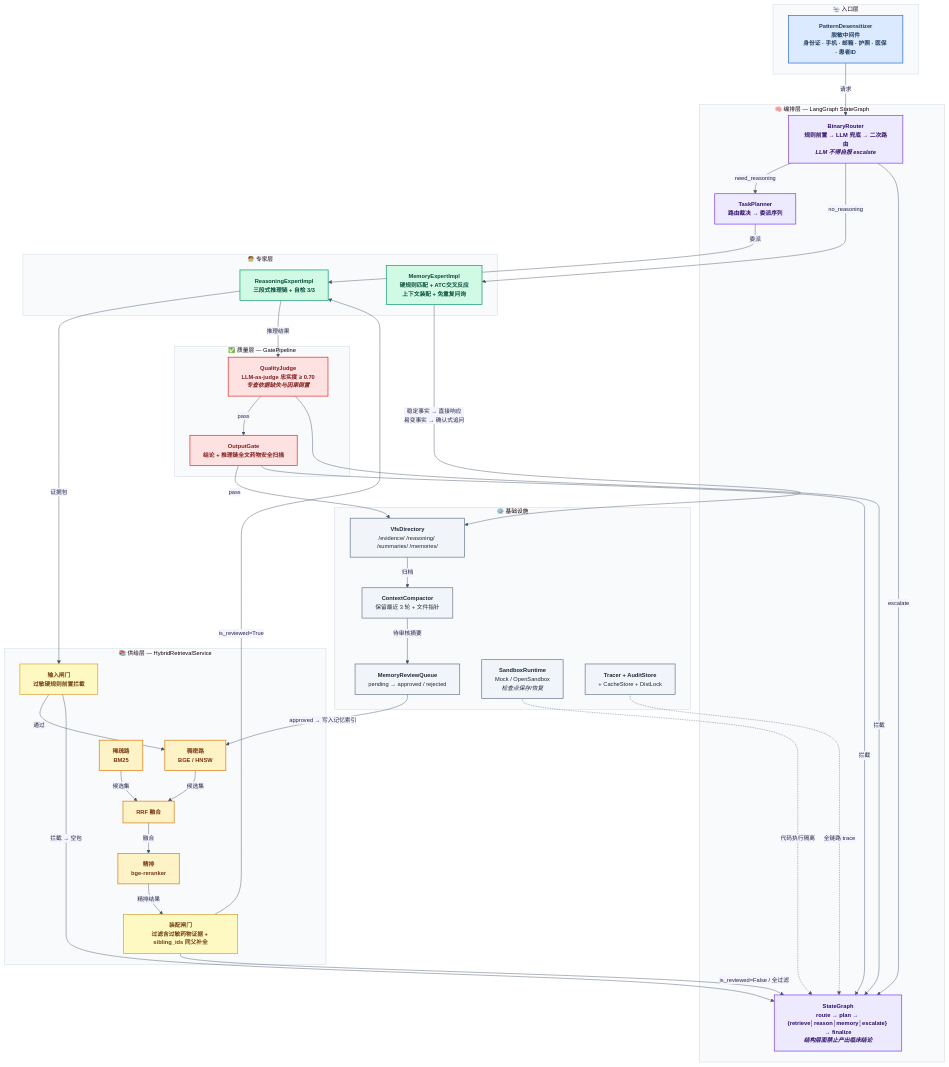
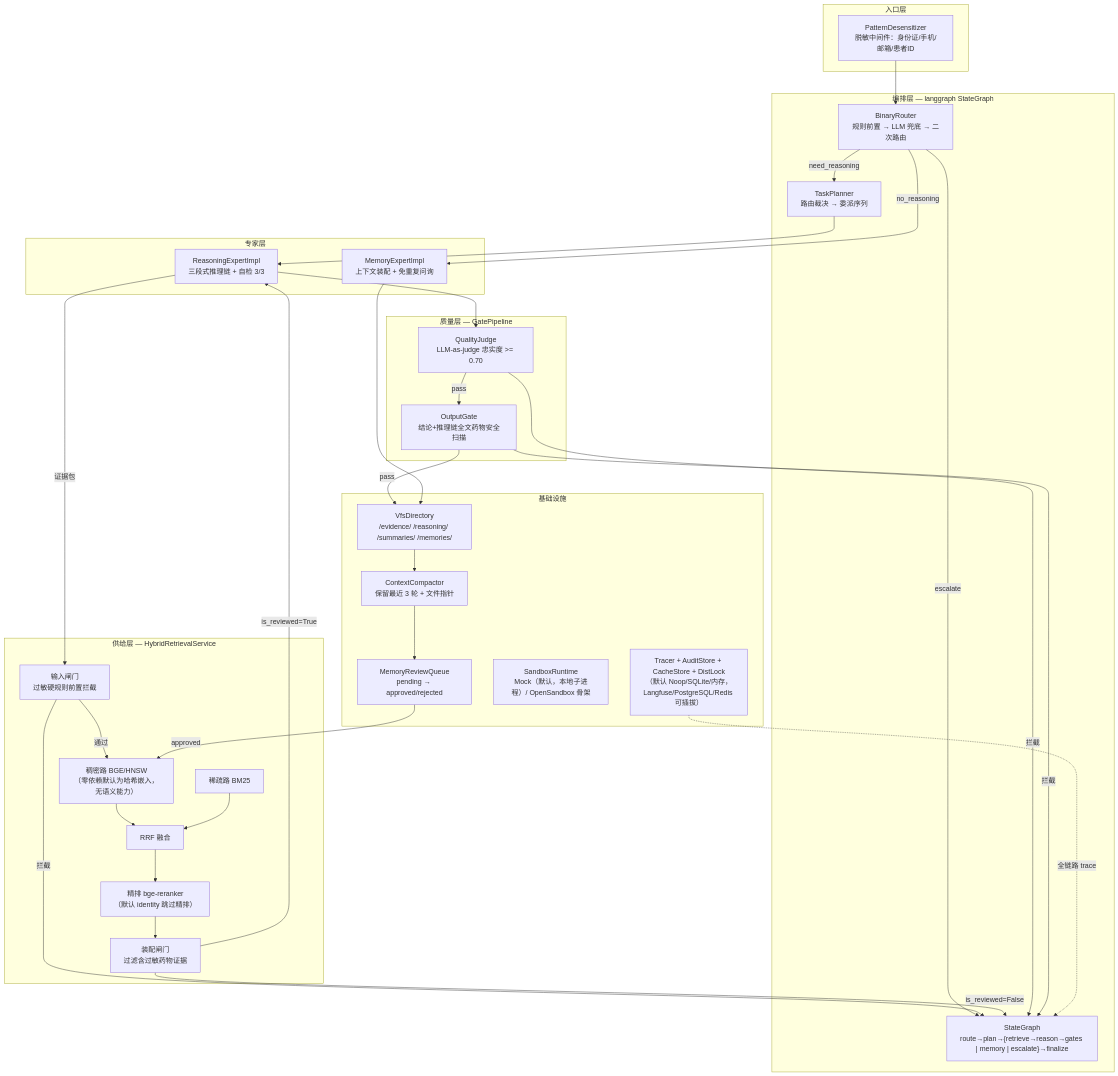
One commit to bobsmith513/harness-medical-agent changed the first of 4 diagrams in README.md. Above: the diagram before and after it, drawn with Mermaid. The commit also changed other lines of this file and 40 other files, not shown here.

````diff
--- a/README.md
+++ b/README.md
@@ -27,119 +30,64 @@
 ```mermaid
-%%{init: {
-  'theme': 'base',
-  'themeVariables': {
-    'background': '#ffffff',
-    'primaryColor': '#f0f7ff',
-    'primaryBorderColor': '#2563eb',
-    'primaryTextColor': '#1e293b',
-    'lineColor': '#475569',
-    'secondaryColor': '#f5f3ff',
-    'tertiaryColor': '#ecfdf5',
-    'fontSize': '13px',
-    'fontFamily': 'system-ui, -apple-system, sans-serif',
-    'nodeBorder': '1.5px',
-    'nodeBorderRadius': '10px',
-    'clusterBkg': '#f8fafc',
-    'clusterBorder': '#cbd5e1'
-  }
-}}%%
-
 graph TB
-    %% ==================== 样式定义 ====================
-    classDef entry fill:#dbeafe,stroke:#2563eb,stroke-width:1.5px,color:#1e3a5f,font-weight:600,r:10
-    classDef orch fill:#ede9fe,stroke:#7c3aed,stroke-width:1.5px,color:#2e1065,font-weight:600,r:10
-    classDef expert fill:#d1fae5,stroke:#059669,stroke-width:1.5px,color:#064e3b,font-weight:600,r:10
-    classDef supply fill:#fef3c7,stroke:#d97706,stroke-width:1.5px,color:#78350f,font-weight:600,r:10
-    classDef quality fill:#fee2e2,stroke:#dc2626,stroke-width:1.5px,color:#7f1d1d,font-weight:600,r:10
-    classDef infra fill:#f1f5f9,stroke:#64748b,stroke-width:1.5px,color:#1e293b,font-weight:500,r:10
-    classDef gate fill:#fef9c3,stroke:#ca8a04,stroke-width:1.2px,color:#713f12,r:8
-
-    %% ==================== 入口层 ====================
-    subgraph entry["🛬 入口层"]
-        DES["<b>PatternDesensitizer</b><br/>脱敏中间件<br/>身份证 · 手机 · 邮箱 · 护照 · 医保 · 患者ID"]
+    subgraph entry ["入口层"]
+        DES["PatternDesensitizer<br/>脱敏中间件：身份证/手机/邮箱/患者ID"]
     end
 
-    %% ==================== 编排层 ====================
-    subgraph orch["🧠 编排层 — LangGraph StateGraph"]
-        ROUTE["<b>BinaryRouter</b><br/>规则前置 → LLM 兜底 → 二次路由<br/><i>LLM 不得自报 escalate</i>"]
-        PLAN["<b>TaskPlanner</b><br/>路由裁决 → 委派序列"]
-        SG["<b>StateGraph</b><br/>route → plan → {retrieve│reason│memory│escalate} → finalize<br/><i>结构层面禁止产出临床结论</i>"]
+    subgraph orch ["编排层 — langgraph StateGraph"]
+        ROUTE["BinaryRouter<br/>规则前置 → LLM 兜底 → 二次路由"]
+        PLAN["TaskPlanner<br/>路由裁决 → 委派序列"]
+        SG["StateGraph<br/>route→plan→{retrieve→reason→gates | memory | escalate}→finalize"]
     end
 
-    %% ==================== 专家层 ====================
-    subgraph experts["🧑‍⚕️ 专家层"]
-        RE["<b>ReasoningExpertImpl</b><br/>三段式推理链 + 自检 3/3"]
-        ME["<b>MemoryExpertImpl</b><br/>硬规则匹配 + ATC交叉反应<br/>上下文装配 + 免重复问询"]
+    subgraph experts ["专家层"]
+        RE["ReasoningExpertImpl<br/>三段式推理链 + 自检 3/3"]
+        ME["MemoryExpertImpl<br/>上下文装配 + 免重复问询"]
     end
 
-    %% ==================== 供给层 ====================
-    subgraph supply["📚 供给层 — HybridRetrievalService"]
-        IG["<b>输入闸门</b><br/>过敏硬规则前置拦截"]
-        DR["<b>稠密路</b><br/>BGE / HNSW"]
-        SR["<b>稀疏路</b><br/>BM25"]
-        RRF["<b>RRF 融合</b>"]
-        RK["<b>精排</b><br/>bge-reranker"]
-        AG["<b>装配闸门</b><br/>过滤含过敏药物证据 + sibling_ids 同父补全"]
+    subgraph supply ["供给层 — HybridRetrievalService"]
+        IG["输入闸门<br/>过敏硬规则前置拦截"]
+        DR["稠密路 BGE/HNSW<br/>（零依赖默认为哈希嵌入，无语义能力）"]
+        SR["稀疏路 BM25"]
+        RRF["RRF 融合"]
+        RK["精排 bge-reranker<br/>（默认 identity 跳过精排）"]
+        AG["装配闸门<br/>过滤含过敏药物证据"]
     end
 
-    %% ==================== 质量层 ====================
-    subgraph quality["✅ 质量层 — GatePipeline"]
-        QG["<b>QualityJudge</b><br/>LLM-as-judge 忠实度 ≥ 0.70<br/><i>专查依据缺失与因果倒置</i>"]
-        OG["<b>OutputGate</b><br/>结论 + 推理链全文药物安全扫描"]
+    subgraph quality ["质量层 — GatePipeline"]
+        QG["QualityJudge<br/>LLM-as-judge 忠实度 >= 0.70"]
+        OG["OutputGate<br/>结论+推理链全文药物安全扫描"]
     end
 
-    %% ==================== 基础设施 ====================
-    subgraph infra["⚙️ 基础设施"]
-        VFS["<b>VfsDirectory</b><br/>/evidence/ /reasoning/ /summaries/ /memories/"]
-        CMP["<b>ContextCompactor</b><br/>保留最近 3 轮 + 文件指针"]
-        MRQ["<b>MemoryReviewQueue</b><br/>pending → approved / rejected"]
-        SBX["<b>SandboxRuntime</b><br/>Mock / OpenSandbox<br/><i>检查点保存/恢复</i>"]
-        TRC["<b>Tracer + AuditStore</b><br/>+ CacheStore + DistLock"]
+    subgraph infra ["基础设施"]
+        VFS["VfsDirectory<br/>/evidence/ /reasoning/ /summaries/ /memories/"]
+        CMP["ContextCompactor<br/>保留最近 3 轮 + 文件指针"]
+        MRQ["MemoryReviewQueue<br/>pending → approved/rejected"]
+        SBX["SandboxRuntime<br/>Mock（默认，本地子进程）/ OpenSandbox 骨架"]
+        TRC["Tracer + AuditStore + CacheStore + DistLock<br/>（默认 Noop/SQLite/内存，Langfuse/PostgreSQL/Redis 可插拔）"]
     end
 
-    %% ==================== 主流程连线 ====================
-    DES -->|"请求"| ROUTE
-
+    DES --> ROUTE
     ROUTE -->|"need_reasoning"| PLAN
     ROUTE -->|"no_reasoning"| ME
     ROUTE -->|"escalate"| SG
-
-    PLAN -->|"委派"| RE
-
+    PLAN --> RE
     RE -->|"证据包"| IG
     IG -->|"通过"| DR
-    IG -->|"拦截 → 空包"| SG
-
-    DR -->|"候选集"| RRF
-    SR -->|"候选集"| RRF
-    RRF -->|"融合"| RK
-    RK -->|"精排结果"| AG
-
+    IG -->|"拦截"| SG
+    DR --> RRF
+    SR --> RRF
+    RRF --> RK
+    RK --> AG
     AG -->|"is_reviewed=True"| RE
-    AG -->|"is_reviewed=False / 全过滤"| SG
-
-    RE -->|"推理结果"| QG
+    AG -->|"is_reviewed=False"| SG
+    RE --> QG
     QG -->|"pass"| OG
     QG -->|"拦截"| SG
-
     OG -->|"pass"| VFS
     OG -->|"拦截"| SG
-
-    ME -->|"稳定事实 → 直接响应<br/>易变事实 → 确认式追问"| VFS
-
-    VFS -->|"归档"| CMP
-    CMP -->|"待审核摘要"| MRQ
-    MRQ -->|"approved → 写入记忆索引"| DR
-
+    ME --> VFS
+    VFS --> CMP
+    CMP --> MRQ
+    MRQ -->|"approved"| DR
     TRC -.->|"全链路 trace"| SG
-    SBX -.->|"代码执行隔离"| SG
-
-    %% ==================== 样式应用 ====================
-    class DES entry
-    class ROUTE,PLAN,SG orch
-    class RE,ME expert
-    class IG,DR,SR,RRF,RK,AG supply
-    class QG,OG quality
-    class VFS,CMP,MRQ,SBX,TRC infra
-    class IG,AG gate
 ```
````
